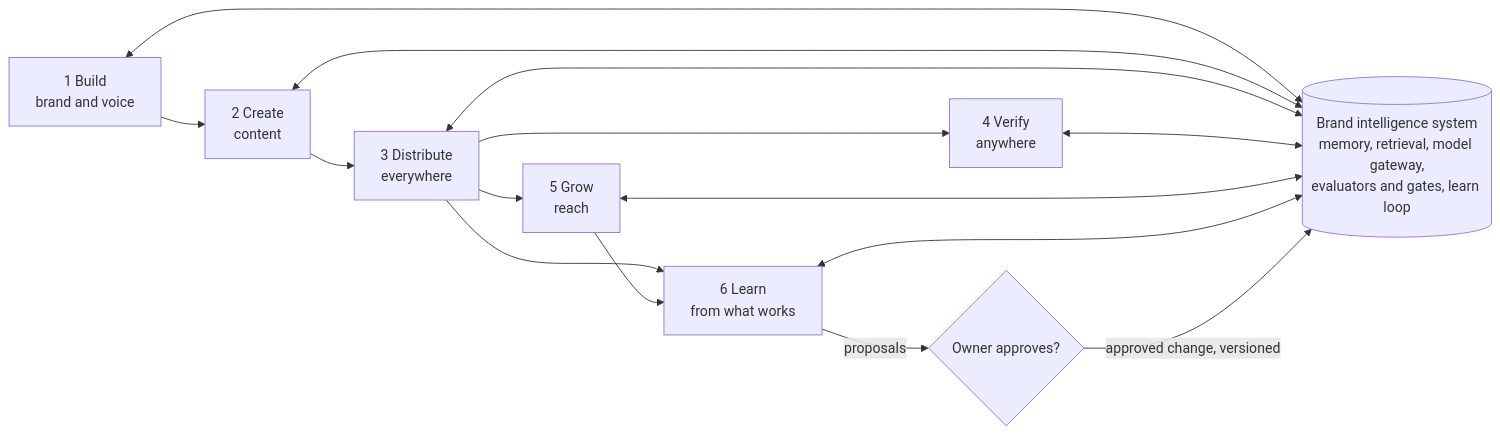
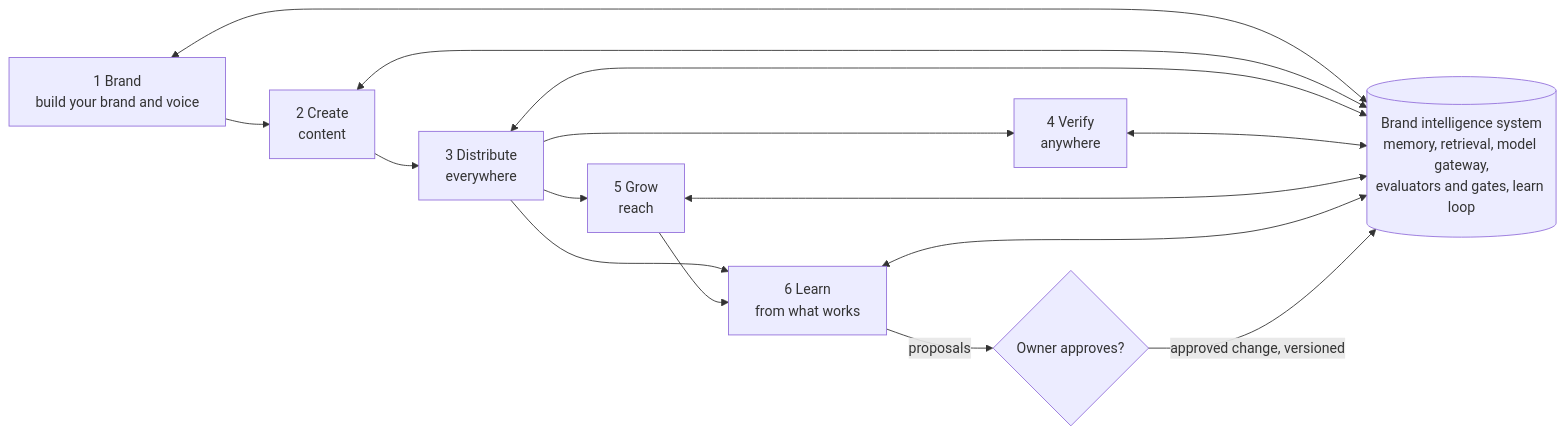
One commit to DeveloperAlly/solana-hack changed the second of 3 diagrams in .agentic/what/context/brand_builder_architecture.md. Above: the diagram before and after it, drawn with Mermaid. The commit also changed other lines of this file and 4 other files, not shown here.

````diff
--- a/.agentic/what/context/brand_builder_architecture.md
+++ b/.agentic/what/context/brand_builder_architecture.md
@@ -64,18 +64,18 @@
 ```mermaid
 flowchart LR
-  B[1 Build<br/>brand and voice] --> C[2 Create<br/>content]
+  B[1 Brand<br/>build your brand and voice] --> C[2 Create<br/>content]
   C --> D[3 Distribute<br/>everywhere]
   D --> V[4 Verify<br/>anywhere]
   D --> G[5 Grow<br/>reach]
   D --> L[6 Learn<br/>from what works]
   G --> L
   BI[(Brand intelligence system<br/>memory, retrieval, model gateway,<br/>evaluators and gates, learn loop)]
   B <--> BI
   C <--> BI
   D <--> BI
   V <--> BI
   G <--> BI
   L <--> BI
   L -- proposals --> O{Owner approves?}
   O -- approved change, versioned --> BI
 ```
````
